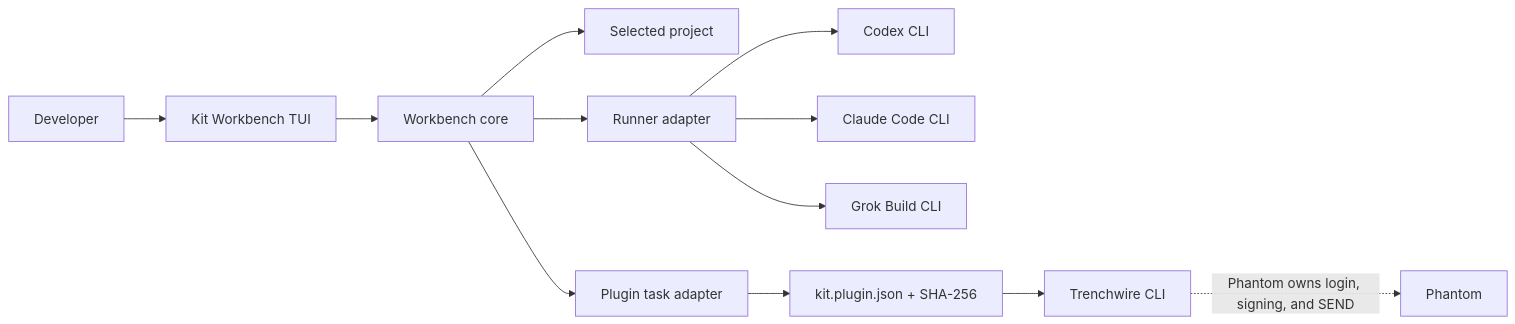
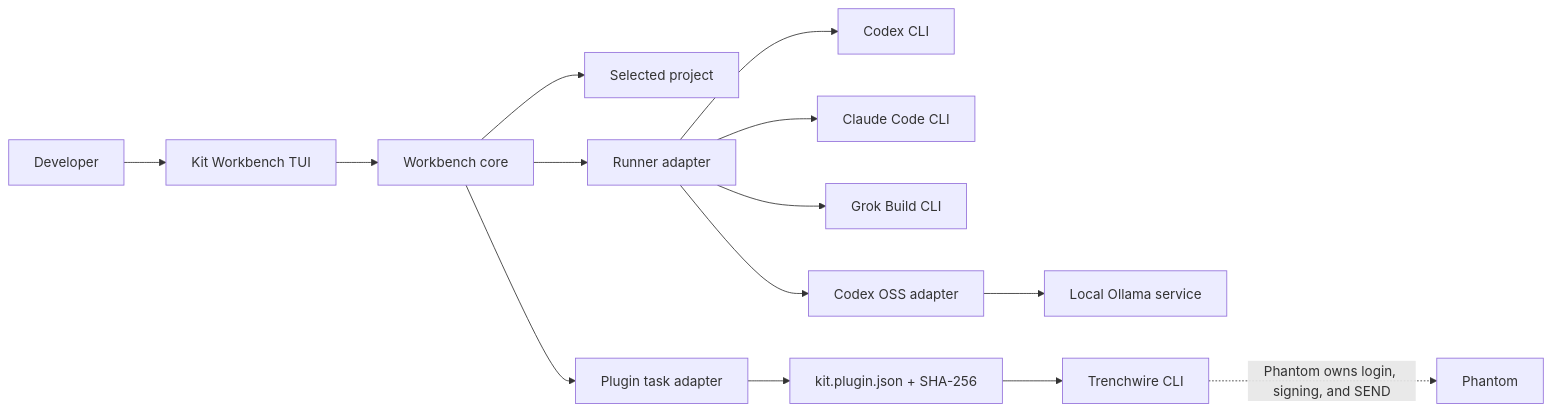
Before and after one commit to Zwin-ux/kit: the diagram in docs/dev/WORKBENCH_ARCHITECTURE.md, drawn with Mermaid. The commit also changed other lines of this file and 28 other files, not shown here.

Commit message:
feat: add local Ollama workbench

````diff
--- a/docs/dev/WORKBENCH_ARCHITECTURE.md
+++ b/docs/dev/WORKBENCH_ARCHITECTURE.md
@@ -51,18 +56,20 @@
 ```mermaid
 flowchart LR
     User["Developer"] --> TUI["Kit Workbench TUI"]
     TUI --> Core["Workbench core"]
 
     Core --> Project["Selected project"]
     Core --> Runner["Runner adapter"]
     Core --> Service["Plugin task adapter"]
 
     Runner --> Codex["Codex CLI"]
     Runner --> Claude["Claude Code CLI"]
     Runner --> Grok["Grok Build CLI"]
+    Runner --> LocalCodex["Codex OSS adapter"]
+    LocalCodex --> Ollama["Local Ollama service"]
 
     Service --> Manifest["kit.plugin.json + SHA-256"]
     Manifest --> Trenchwire["Trenchwire CLI"]
 
     Trenchwire -. "Phantom owns login, signing, and SEND" .-> Phantom["Phantom"]
 ```
````
